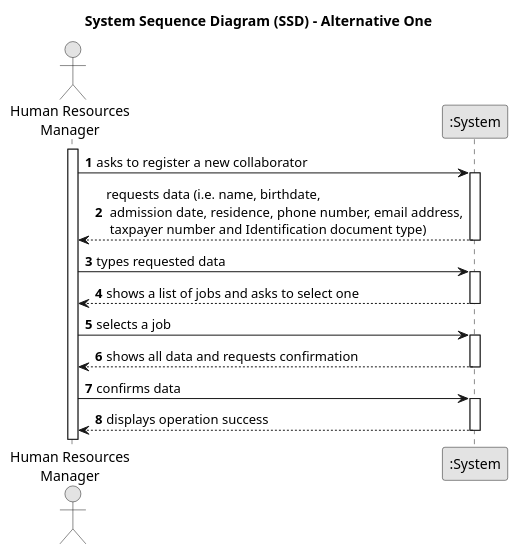
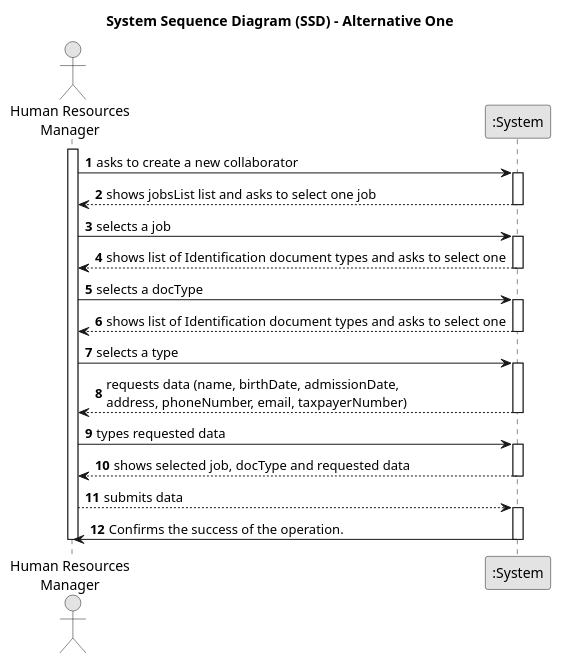
One commit to SAEmanuel/Green_Spaces_Management_ISEP changed the diagram in docs/sprintC/us003/01.requirements-engineering/puml/us003-system-sequence-diagram-alternative-one.puml. Above: the diagram before and after it, drawn with PlantUML. The commit also changed 11 other files, not shown here.

```diff
--- a/docs/sprintC/us003/01.requirements-engineering/puml/us003-system-sequence-diagram-alternative-one.puml
+++ b/docs/sprintC/us003/01.requirements-engineering/puml/us003-system-sequence-diagram-alternative-one.puml
@@ -1,39 +1,52 @@
 @startuml
 skinparam monochrome true
 skinparam packageStyle rectangle
 skinparam shadowing false
 
 title System Sequence Diagram (SSD) - Alternative One
 
 autonumber
 
 actor "Human Resources\nManager" as Employee
 participant ":System" as System
 
 activate Employee
 
-    Employee -> System : asks to register a new collaborator
+    Employee -> System : asks to create a new collaborator
     activate System
 
-        System --> Employee : requests data (i.e. name, birthdate,\n admission date, residence, phone number, email address,\n taxpayer number and Identification document type)
+        System --> Employee : shows jobsList list and asks to select one job
+    deactivate System
+
+    Employee -> System : selects a job
+    activate System
+
+        System --> Employee : shows list of Identification document types and asks to select one
+    deactivate System
+
+    Employee -> System : selects a docType
+    activate System
+
+    System --> Employee : shows list of Identification document types and asks to select one
+    deactivate System
+
+    Employee -> System : selects a type
+        activate System
+
+        System --> Employee :  requests data (name, birthDate, admissionDate,\naddress, phoneNumber, email, taxpayerNumber)
     deactivate System
 
     Employee -> System : types requested data
     activate System
 
-        System --> Employee : shows a list of jobs and asks to select one
+        System --> Employee : shows selected job, docType and requested data
     deactivate System
 
-    Employee -> System : selects a job
+    Employee --> System: submits data
     activate System
 
-        System --> Employee : shows all data and requests confirmation
+    System -> Employee: Confirms the success of the operation.
     deactivate System
-
-    Employee -> System : confirms data
-    activate System
-
-        System --> Employee : displays operation success
-    deactivate System
+    deactivate Employee
 
 @enduml
```
